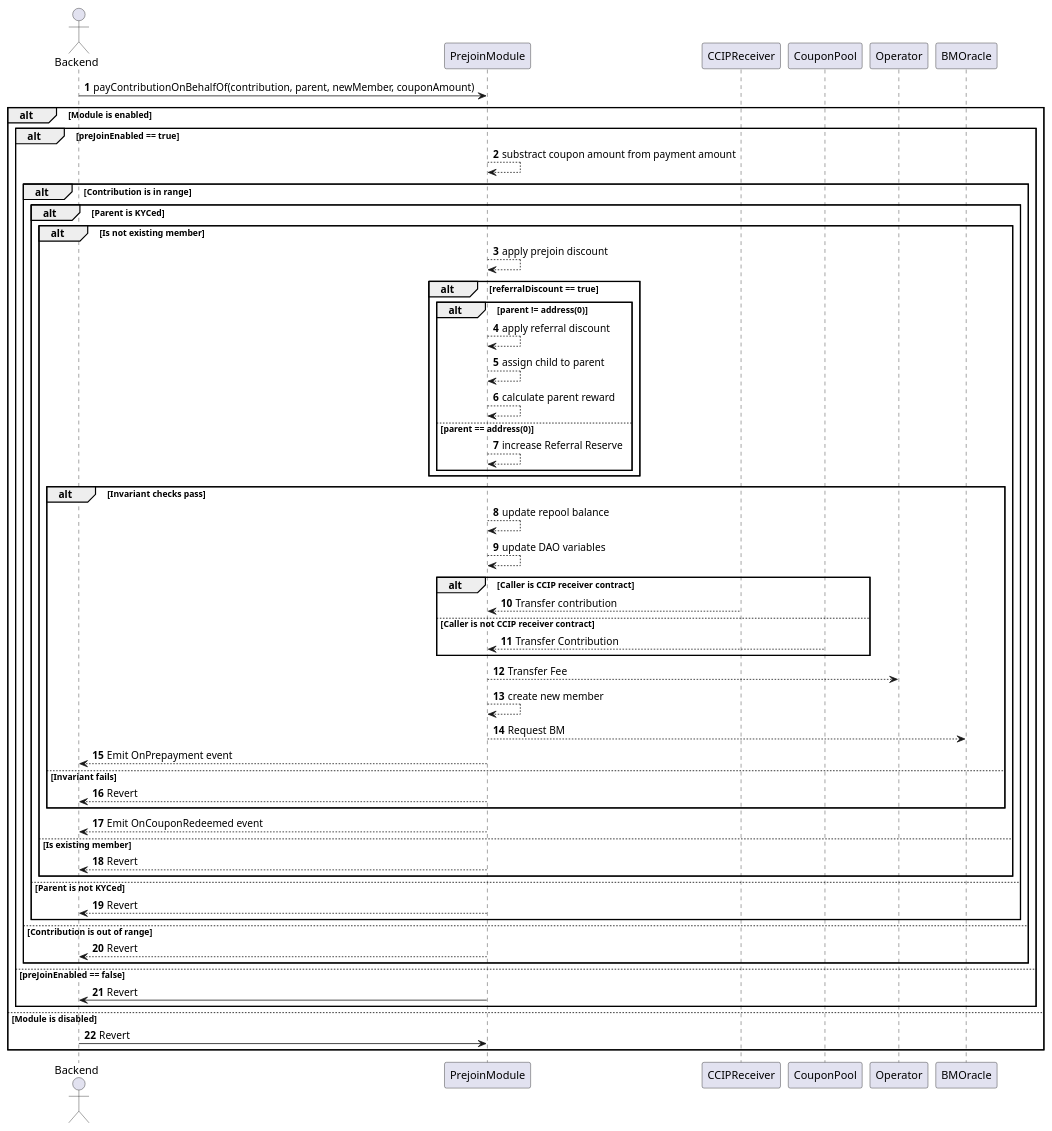
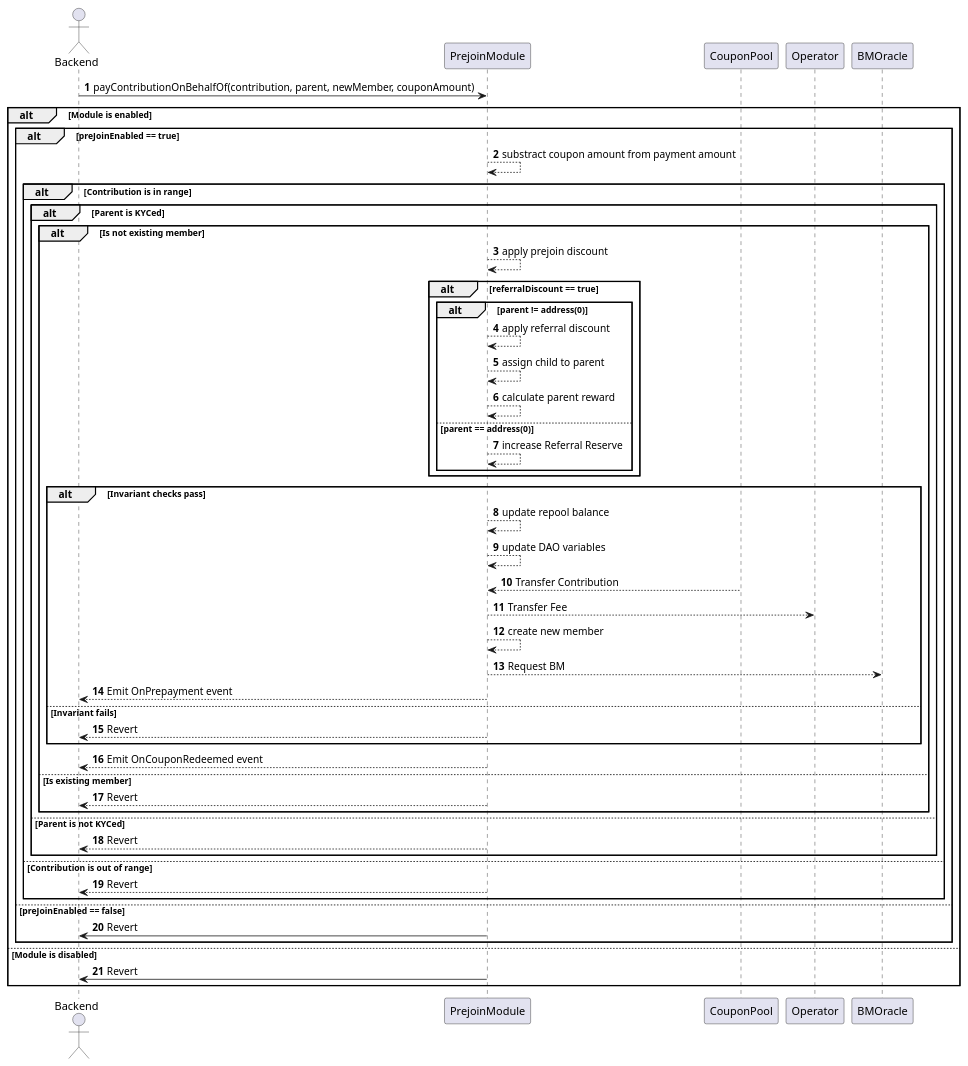
The diagram in docs/sequence_diagrams/PrejoinModule/03-payments-coupon.puml (TakafulDAO/takasure.sc), drawn with PlantUML before and after one commit.

Commit message:
revise: remove unneded block

```diff
--- a/docs/sequence_diagrams/PrejoinModule/03-payments-coupon.puml
+++ b/docs/sequence_diagrams/PrejoinModule/03-payments-coupon.puml
@@ -1,68 +1,62 @@
 @startuml Payments with coupons
 autonumber
 
 actor Backend
 
 Backend -> PrejoinModule: payContributionOnBehalfOf(contribution, parent, newMember, couponAmount)
 
 alt Module is enabled
     alt preJoinEnabled == true
         PrejoinModule --> PrejoinModule: substract coupon amount from payment amount
         alt Contribution is in range
             alt Parent is KYCed
                 alt Is not existing member
 
                     PrejoinModule --> PrejoinModule: apply prejoin discount
 
                     alt referralDiscount == true                
                         alt parent != address(0)
                             PrejoinModule --> PrejoinModule: apply referral discount
                             PrejoinModule --> PrejoinModule: assign child to parent
                             PrejoinModule --> PrejoinModule: calculate parent reward
                         else parent == address(0)
                             PrejoinModule --> PrejoinModule: increase Referral Reserve
                         end
                     end
 
                     alt Invariant checks pass
                         PrejoinModule --> PrejoinModule: update repool balance
                         PrejoinModule --> PrejoinModule: update DAO variables
-
-                        alt Caller is CCIP receiver contract
-                            CCIPReceiver --> PrejoinModule: Transfer contribution
-                        else Caller is not CCIP receiver contract
-                            CouponPool --> PrejoinModule: Transfer Contribution
-                        end
-
+                        CouponPool --> PrejoinModule: Transfer Contribution
                         PrejoinModule --> Operator: Transfer Fee
                         PrejoinModule --> PrejoinModule: create new member
                         PrejoinModule --> BMOracle: Request BM
                         PrejoinModule --> Backend: Emit OnPrepayment event
 
                     else Invariant fails
                         PrejoinModule --> Backend: Revert
                     end
 
                     PrejoinModule --> Backend: Emit OnCouponRedeemed event
 
                 else Is existing member
                     PrejoinModule --> Backend: Revert
                 end
 
             else Parent is not KYCed
                 PrejoinModule --> Backend: Revert
             end
 
         else Contribution is out of range
             PrejoinModule --> Backend: Revert
         end
 
     else preJoinEnabled == false
         PrejoinModule -> Backend: Revert
     end
 
 else Module is disabled
-    Backend -> PrejoinModule: Revert
+    PrejoinModule -> Backend: Revert
 end
 
 @enduml    
```
